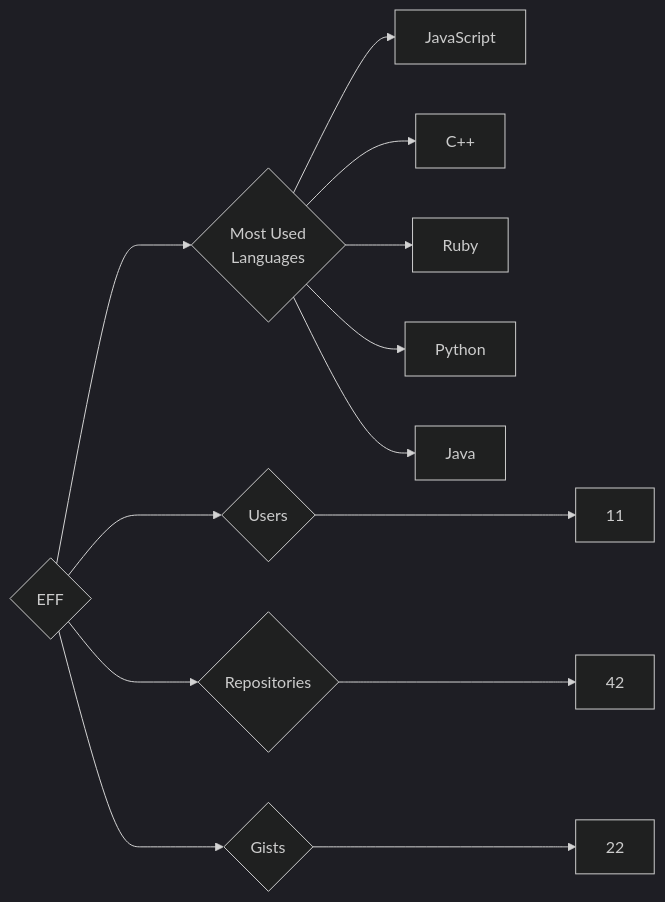
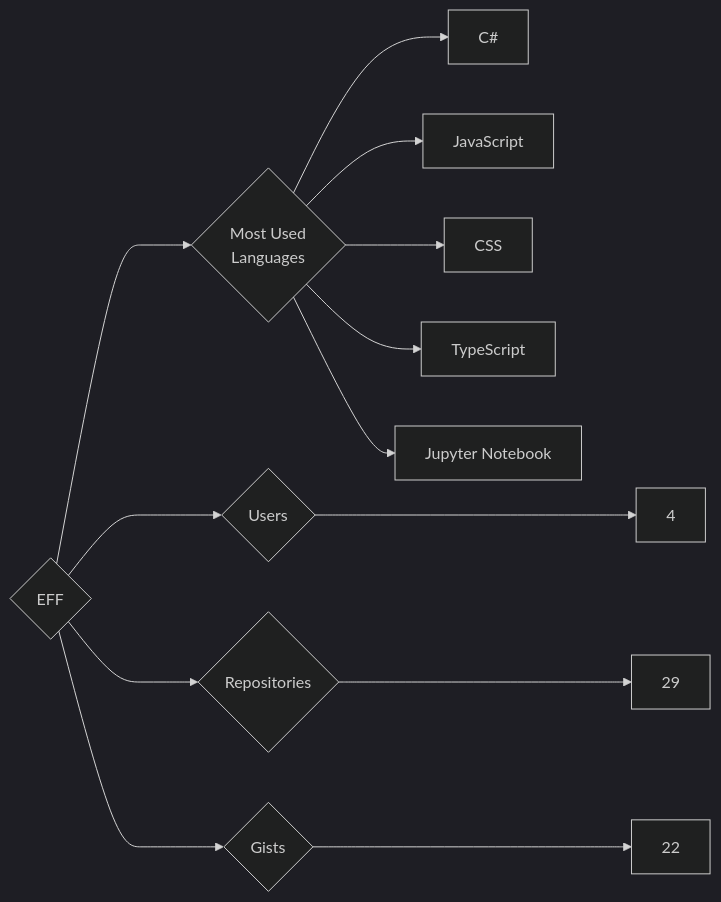
Before and after one commit to trickest/insiders: the diagram in targets/EFF/README.md, drawn with Mermaid (dark theme). The commit also changed 681 other files, not shown here.

````diff
--- a/targets/EFF/README.md
+++ b/targets/EFF/README.md
@@ -3,13 +3,13 @@
 ```mermaid
 graph LR
 COMPANY_NAME{EFF}
-COMPANY_NAME ---> U{Users} ---> UN[11]
-COMPANY_NAME ---> R{Repositories} ---> RN[42]
+COMPANY_NAME ---> U{Users} ---> UN[4]
+COMPANY_NAME ---> R{Repositories} ---> RN[29]
 COMPANY_NAME ---> G{Gists} ---> GN[22]
 COMPANY_NAME ---> ML{Most Used<br>Languages}
+ML --> C#[C#]
 ML --> JavaScript[JavaScript]
-ML --> C++[C++]
-ML --> Ruby[Ruby]
-ML --> Python[Python]
-ML --> Java[Java]
+ML --> CSS[CSS]
+ML --> TypeScript[TypeScript]
+ML --> Jupyter_Notebook[Jupyter Notebook]
 ```
````
